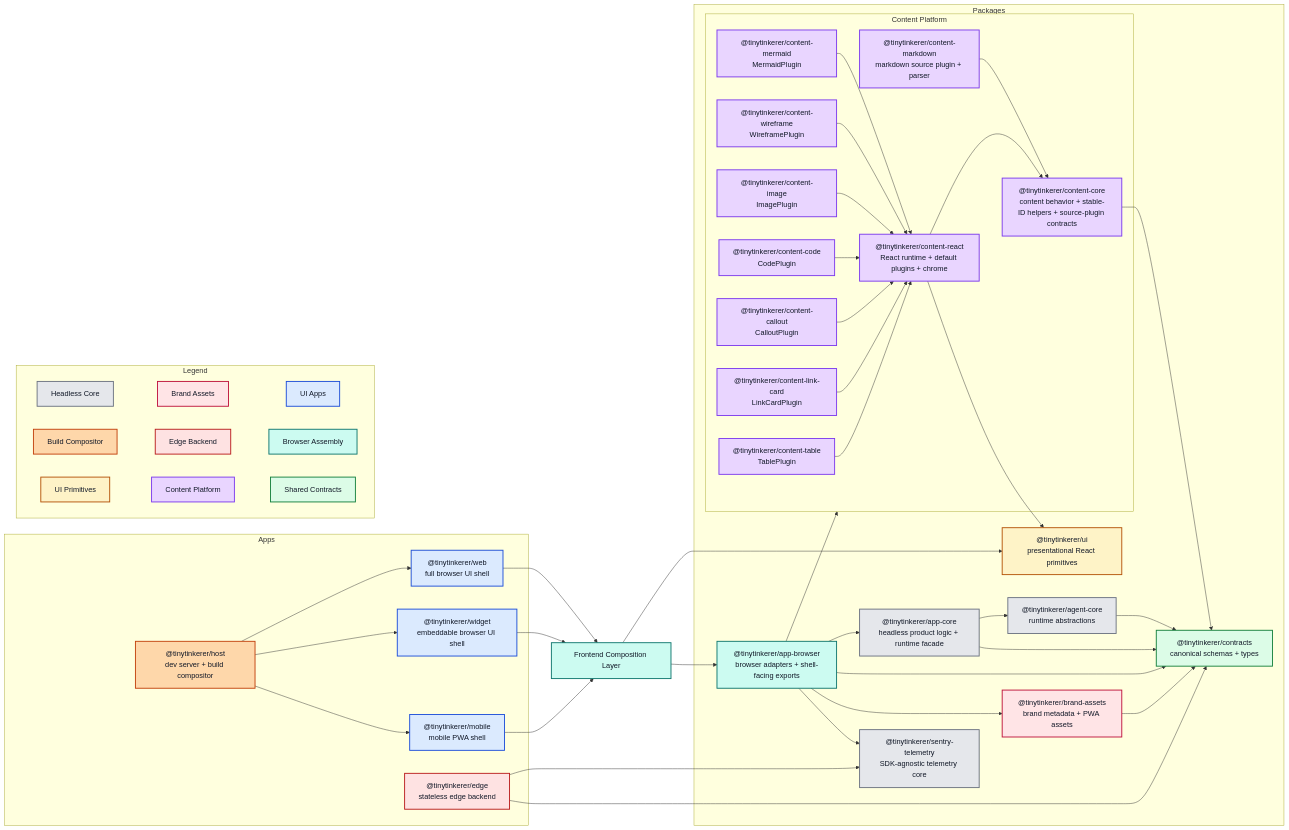
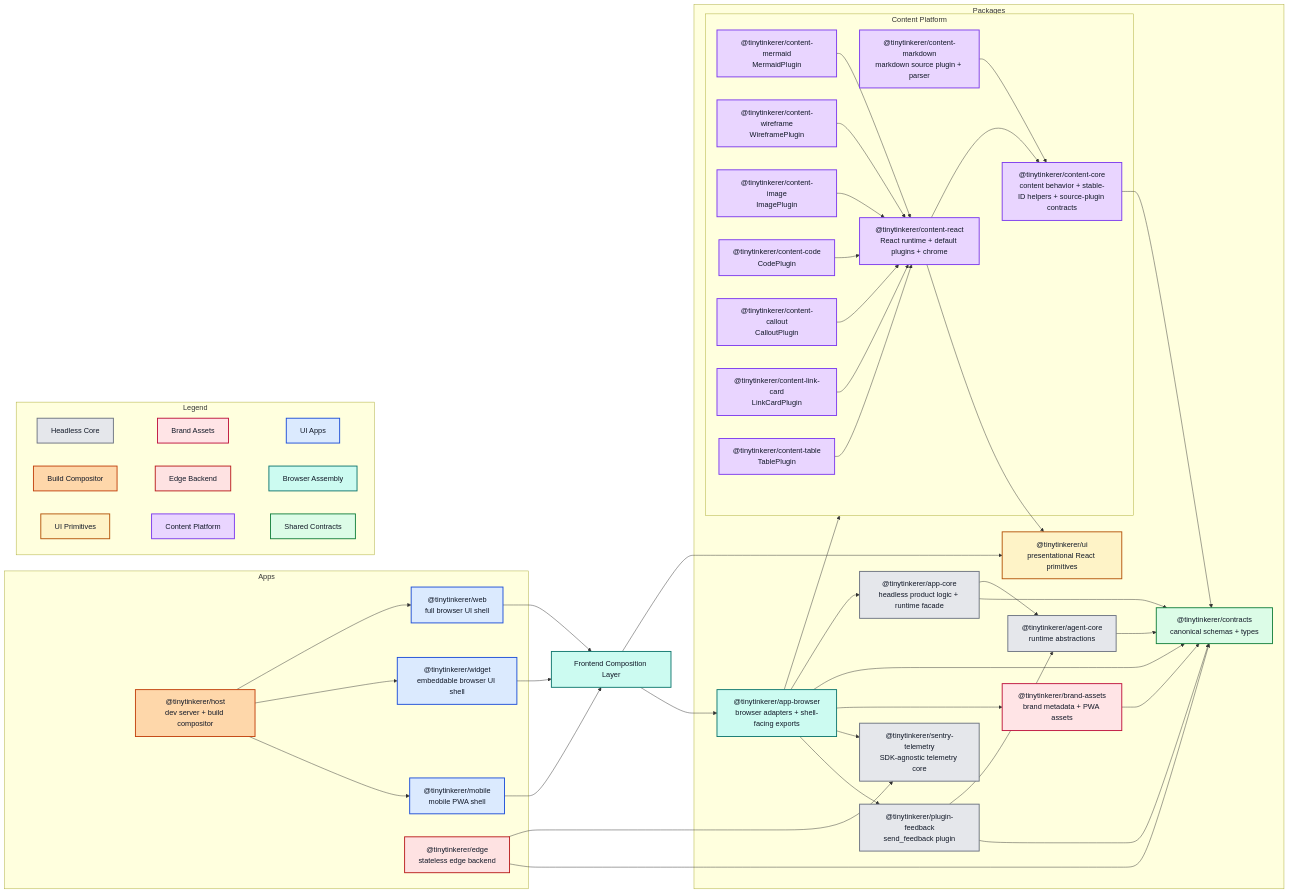
Before and after one commit to NNTin/tinytinkerer: the diagram in docs/ARCHITECTURE.md, drawn with Mermaid. The commit also changed other lines of this file and 27 other files, not shown here.

First line of the commit message:
feat(plugins): add optional plugin infrastructure + send_feedback plugin

````diff
--- a/docs/ARCHITECTURE.md
+++ b/docs/ARCHITECTURE.md
@@ -55,6 +56,7 @@
     brand["@tinytinkerer/brand-assets<br/>brand metadata + PWA assets"]
     ui["@tinytinkerer/ui<br/>presentational React primitives"]
     sentrytelemetry["@tinytinkerer/sentry-telemetry<br/>SDK-agnostic telemetry core"]
+    pluginfeedback["@tinytinkerer/plugin-feedback<br/>send_feedback plugin"]
 
     subgraph ContentPlatform["Content Platform"]
       contentcore["@tinytinkerer/content-core<br/>content behavior + stable-ID helpers + source-plugin contracts"]
@@ -91,6 +93,10 @@
   appbrowser --> contracts
   appbrowser --> brand
   appbrowser --> sentrytelemetry
+  appbrowser --> pluginfeedback
+
+  pluginfeedback --> agent
+  pluginfeedback --> contracts
 
   contentreact --> contentcore
   contentreact --> ui
@@ -142,6 +148,6 @@
   class ui,legendUi uiPrimitives;
   class contentcore,contentmarkdown,contentreact,contentmermaid,contentwireframe,contentimage,contentcode,contentcallout,contentlinkcard,contenttable,legendFeature sharedFeature;
   class contracts,legendContracts contractsLayer;
-  class agent,appcore,sentrytelemetry,legendCore coreLayer;
+  class agent,appcore,sentrytelemetry,pluginfeedback,legendCore coreLayer;
   class brand,legendBrand brandLayer;
 ```
````
